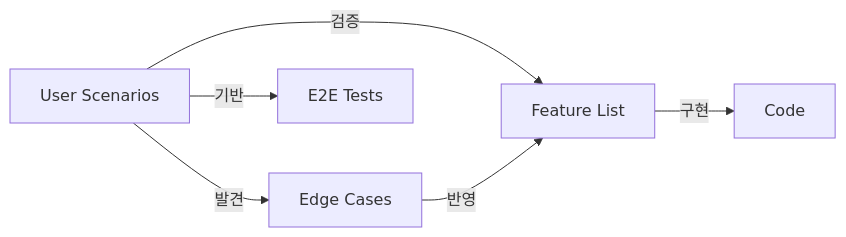
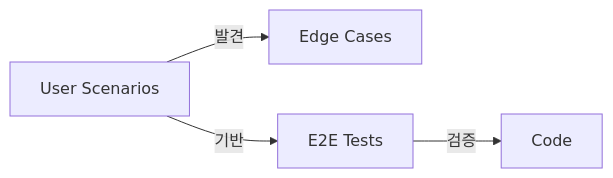
Before and after one commit to yunsoo-paytalab/ai-dev-workflow: the third of 3 diagrams in .claude/skills/writing-domain-docs/reference/user-scenarios.md, drawn with Mermaid. The commit also changed other lines of this file and 5 other files, not shown here.

````diff
--- a/.claude/skills/writing-domain-docs/reference/user-scenarios.md
+++ b/.claude/skills/writing-domain-docs/reference/user-scenarios.md
@@ -260,8 +236,6 @@
 ```mermaid
 graph LR
-    US[User Scenarios] -->|검증| FL[Feature List]
-    US -->|발견| EC[Edge Cases]
-    EC -->|반영| FL
-    FL -->|구현| Code
+    US[User Scenarios] -->|발견| EC[Edge Cases]
     US -->|기반| E2E[E2E Tests]
+    E2E -->|검증| Code
 ```
````
